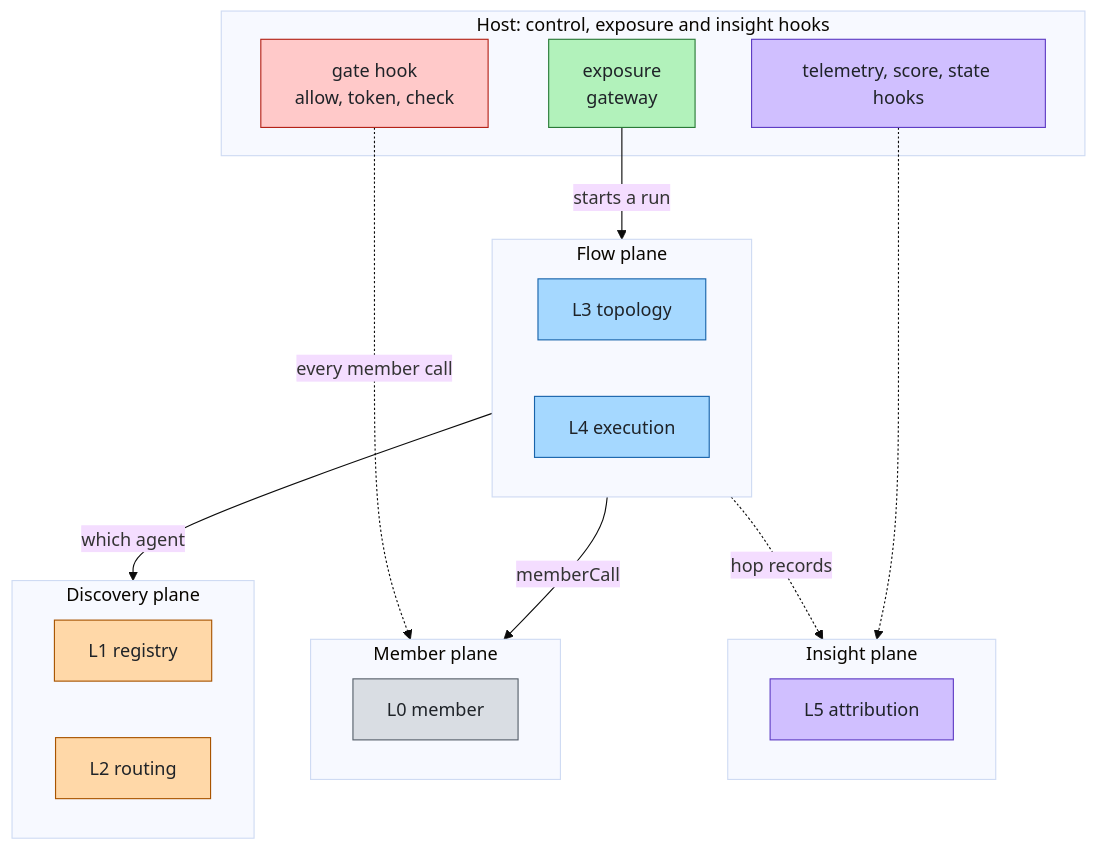
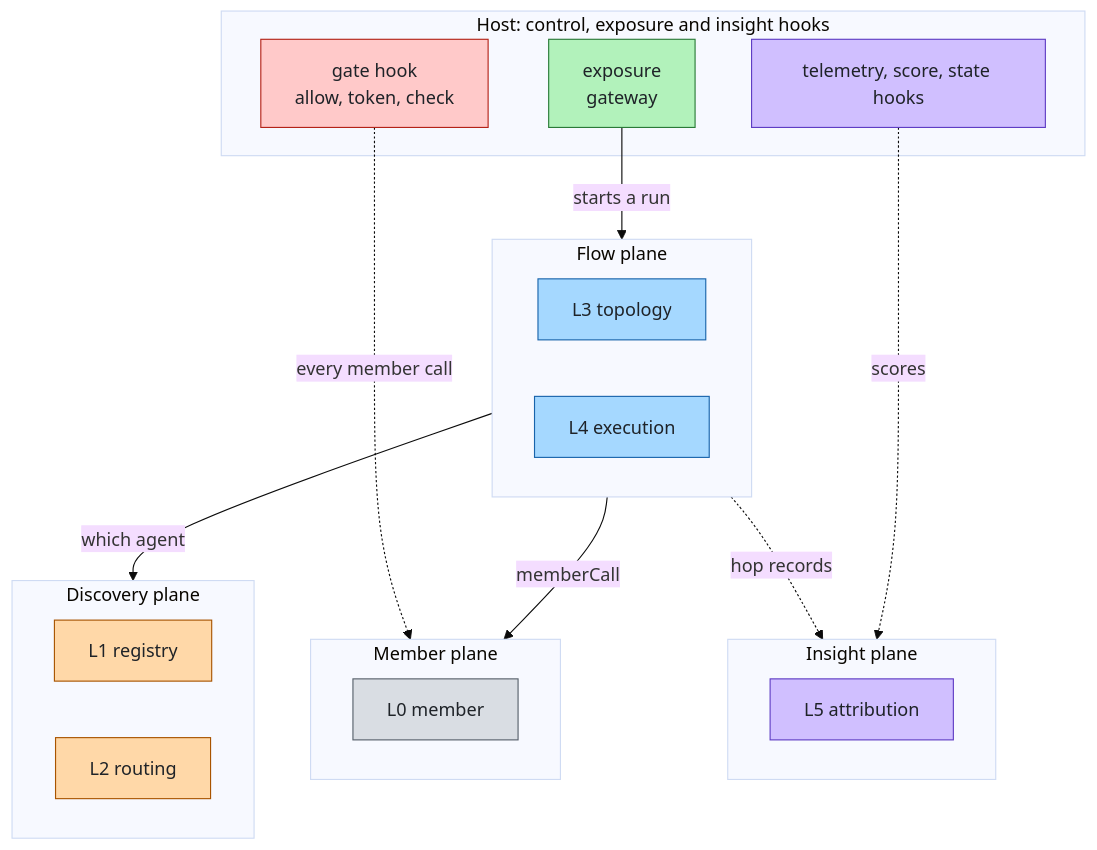
One commit to aantenore/agent-plexus changed the first of 3 diagrams in docs/stack.md. Above: the diagram before and after it, drawn with Mermaid (base theme). The commit also changed other lines of this file and 10 other files, not shown here.

First line of the commit message:
docs: system figure and diagrams in the agent-layers style

````diff
--- a/docs/stack.md
+++ b/docs/stack.md
@@ -30,34 +32,34 @@
 ```mermaid
 flowchart TB
   subgraph hostp["Host: control, exposure and insight hooks"]
     expose["exposure<br/>gateway"]:::experience
     gate["gate hook<br/>allow, token, check"]:::control
     tel["telemetry, score, state hooks"]:::insight
   end
   subgraph flw["Flow plane"]
     topology["L3 topology"]:::agent
     execution["L4 execution"]:::agent
   end
   subgraph dsc["Discovery plane"]
     registry["L1 registry"]:::model
     routing["L2 routing"]:::model
   end
   subgraph mbr["Member plane"]
     member["L0 member"]:::foundation
   end
   subgraph ins["Insight plane"]
     attribution["L5 attribution"]:::insight
   end
   expose -->|"starts a run"| flw
   gate -.->|"every member call"| mbr
   flw -->|"which agent"| dsc
   flw -->|"memberCall"| mbr
   flw -.->|"hop records"| ins
-  tel -.-> ins
+  tel -.->|"scores"| ins
   classDef foundation fill:#d9dde3,stroke:#57606a,color:#1f2328
   classDef model fill:#ffd8a8,stroke:#a85400,color:#1f2328
   classDef agent fill:#a5d8ff,stroke:#1864ab,color:#1f2328
   classDef control fill:#ffc9c9,stroke:#b42318,color:#1f2328
   classDef experience fill:#b2f2bb,stroke:#2a7a38,color:#1f2328
   classDef insight fill:#d0bfff,stroke:#5f3dc4,color:#1f2328
 ```
````
